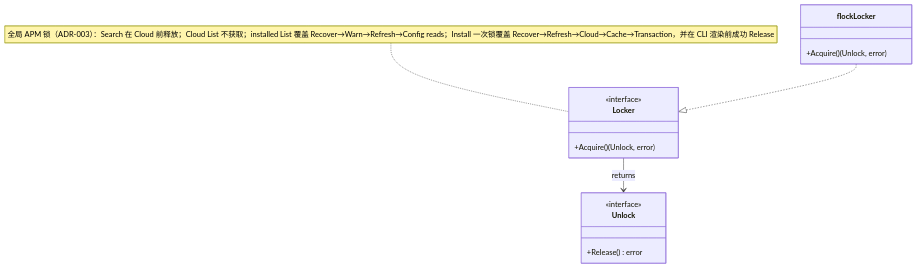
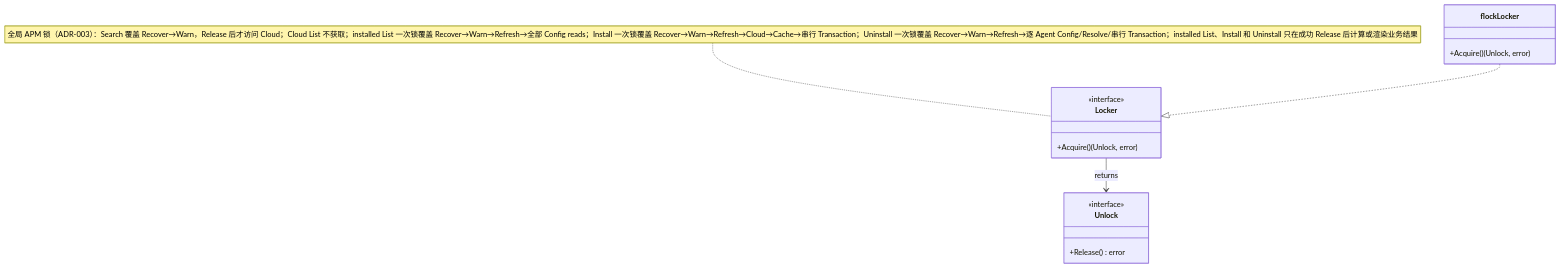
The diagram in ivory-tower/c4/components/apm-cli-diagrams/lock-manager.mmd (spacemit-com/agent-power-manager), drawn with Mermaid before and after one commit. The commit also changed 5 other files, not shown here.

Commit message:
docs(uninstall): align remaining architecture boundaries

```diff
--- a/ivory-tower/c4/components/apm-cli-diagrams/lock-manager.mmd
+++ b/ivory-tower/c4/components/apm-cli-diagrams/lock-manager.mmd
@@ -1,16 +1,16 @@
 classDiagram
-    note for Locker "全局 APM 锁（ADR-003）：Search 在 Cloud 前释放；Cloud List 不获取；installed List 覆盖 Recover→Warn→Refresh→Config reads；Install 一次锁覆盖 Recover→Refresh→Cloud→Cache→Transaction，并在 CLI 渲染前成功 Release"
+    note for Locker "全局 APM 锁（ADR-003）：Search 覆盖 Recover→Warn，Release 后才访问 Cloud；Cloud List 不获取；installed List 一次锁覆盖 Recover→Warn→Refresh→全部 Config reads；Install 一次锁覆盖 Recover→Warn→Refresh→Cloud→Cache→串行 Transaction；Uninstall 一次锁覆盖 Recover→Warn→Refresh→逐 Agent Config/Resolve/串行 Transaction；installed List、Install 和 Uninstall 只在成功 Release 后计算或渲染业务结果"
     class Locker {
         <<interface>>
         +Acquire() (Unlock, error)
     }
     class Unlock {
         <<interface>>
         +Release() error
     }
     class flockLocker {
         +Acquire() (Unlock, error)
     }
 
     flockLocker ..|> Locker
     Locker --> Unlock : returns
```
